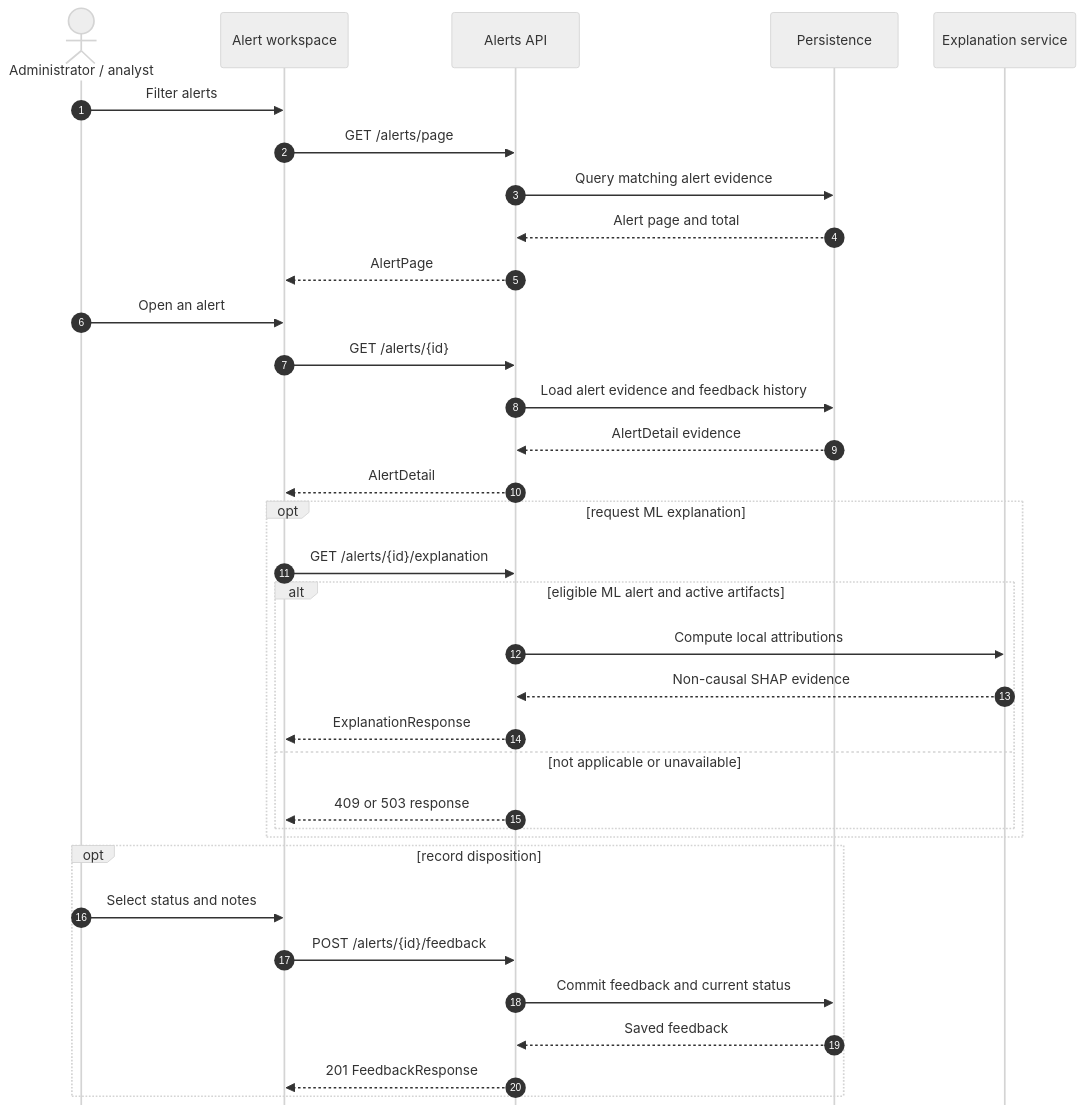
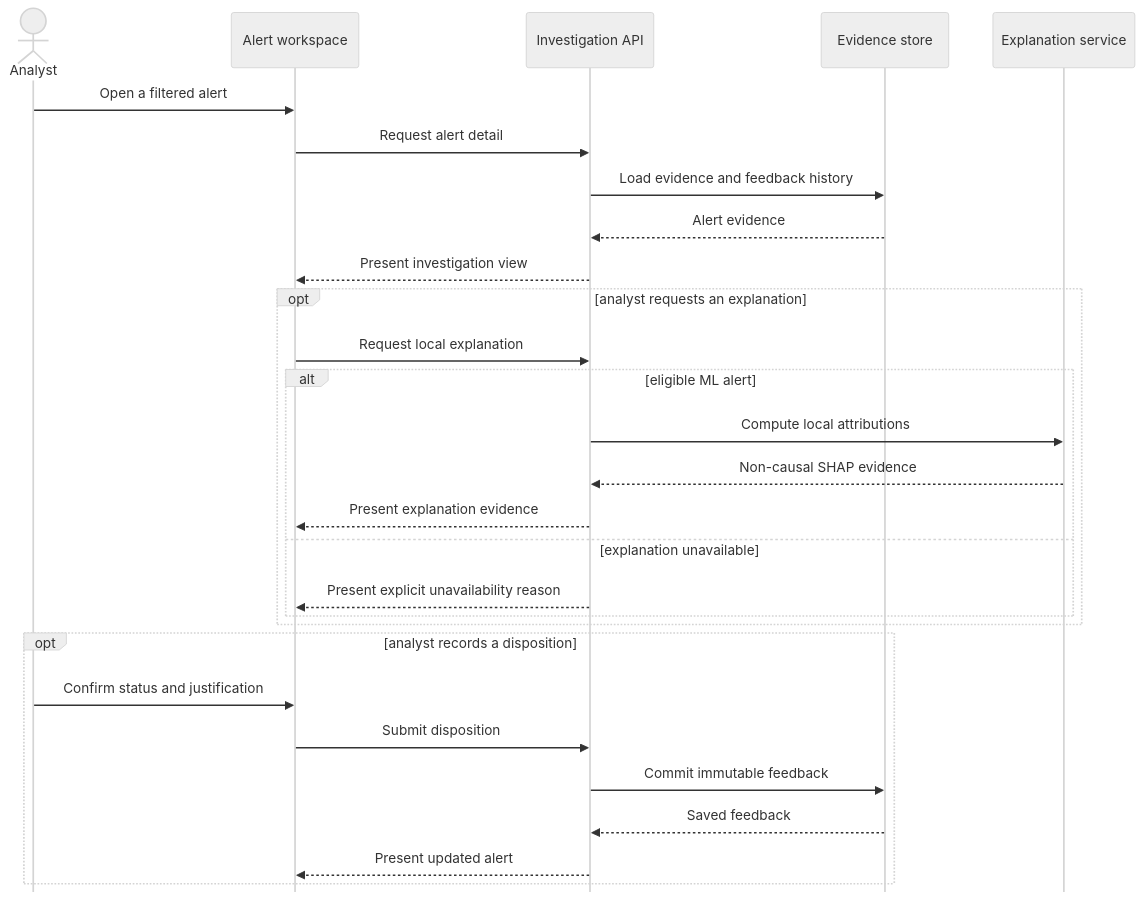
The diagram in diagrams/09-alert-investigation-sequence.mmd (ZakariaElKhaldi/4iir-sr), drawn with Mermaid (neutral theme) before and after one commit. The commit also changed 50 other files, not shown here.

```diff
--- a/diagrams/09-alert-investigation-sequence.mmd
+++ b/diagrams/09-alert-investigation-sequence.mmd
@@ -1,45 +1,38 @@
 ---
 config:
   sequence:
     mirrorActors: false
-    actorMargin: 42
-    messageMargin: 24
+    actorMargin: 52
+    messageMargin: 32
 ---
 sequenceDiagram
-    autonumber
-    actor Analyst as Administrator / analyst
+    actor Analyst
     participant UI as Alert workspace
-    participant API as Alerts API
-    participant DB as Persistence
+    participant API as Investigation API
+    participant Store as Evidence store
     participant XAI as Explanation service
 
-    Analyst->>UI: Filter alerts
-    UI->>API: GET /alerts/page
-    API->>DB: Query matching alert evidence
-    DB-->>API: Alert page and total
-    API-->>UI: AlertPage
+    Analyst->>UI: Open a filtered alert
+    UI->>API: Request alert detail
+    API->>Store: Load evidence and feedback history
+    Store-->>API: Alert evidence
+    API-->>UI: Present investigation view
 
-    Analyst->>UI: Open an alert
-    UI->>API: GET /alerts/{id}
-    API->>DB: Load alert evidence and feedback history
-    DB-->>API: AlertDetail evidence
-    API-->>UI: AlertDetail
-
-    opt request ML explanation
-        UI->>API: GET /alerts/{id}/explanation
-        alt eligible ML alert and active artifacts
+    opt analyst requests an explanation
+        UI->>API: Request local explanation
+        alt eligible ML alert
             API->>XAI: Compute local attributions
             XAI-->>API: Non-causal SHAP evidence
-            API-->>UI: ExplanationResponse
-        else not applicable or unavailable
-            API-->>UI: 409 or 503 response
+            API-->>UI: Present explanation evidence
+        else explanation unavailable
+            API-->>UI: Present explicit unavailability reason
         end
     end
 
-    opt record disposition
-        Analyst->>UI: Select status and notes
-        UI->>API: POST /alerts/{id}/feedback
-        API->>DB: Commit feedback and current status
-        DB-->>API: Saved feedback
-        API-->>UI: 201 FeedbackResponse
+    opt analyst records a disposition
+        Analyst->>UI: Confirm status and justification
+        UI->>API: Submit disposition
+        API->>Store: Commit immutable feedback
+        Store-->>API: Saved feedback
+        API-->>UI: Present updated alert
     end
```
